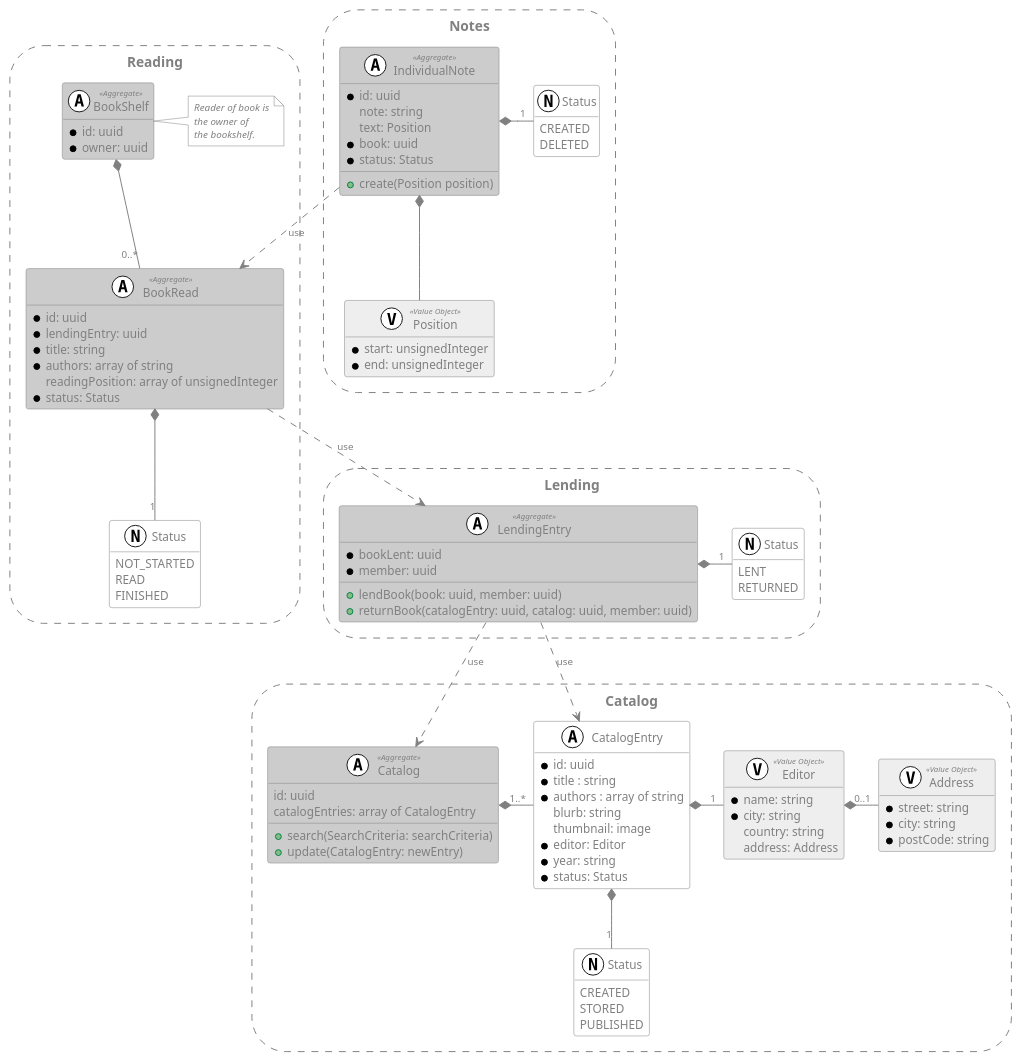
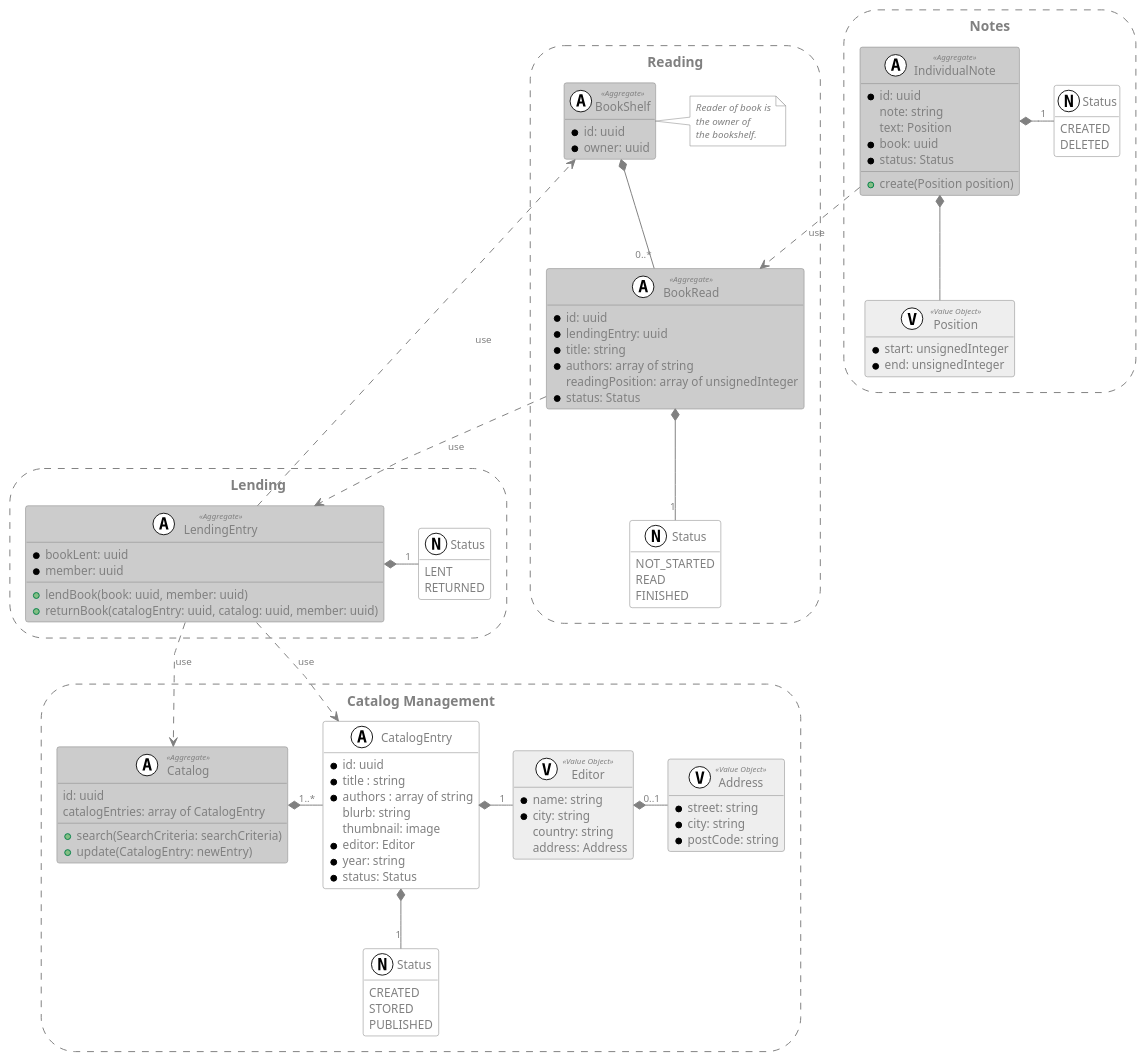
Before and after one commit to Grinseteddy/MasteringDdd: the diagram in TacticalDesign/Library/Library.puml, drawn with PlantUML. The commit also changed 4 other files, not shown here.

```diff
--- a/TacticalDesign/Library/Library.puml
+++ b/TacticalDesign/Library/Library.puml
@@ -1,174 +1,175 @@
 @startuml
 'https://plantuml.com/class-diagram
 
 hide empty members
 skinparam linetype polyline
 allowmixing
 
 skinparam class {
     backgroundcolor #FFFFFF
     backgroundcolor<<Aggregate>> #CCCCCC
     backgroundcolor<<Entity>> #DDDDDD
     backgroundcolor<<Value Object>> #EEEEEE
 
     bordercolor grey
     fontcolor grey
     fontcolor<<Aggregate>> grey
     fontcolor<<Entity>> grey
     fontcolor<<Value Object>> grey
 
     attributefontcolor grey
     attributefontsize 12
     attributefontcolor<<Aggregate>> grey
 
     stereotypefontcolor grey
     stereotypefontsize 8
 
 
 }
 
 skinparam arrow {
     color grey
     fontcolor grey
     fontsize 10
 }
 
 skinparam storage {
     backgroundcolor white
     bordercolor grey
     borderstyle dashed
     fontcolor grey
 }
 
 skinparam note {
     backgroundcolor white
     fontcolor grey
     fontstyle italic
     fontsize 10
     bordercolor grey
 
 }
 
-storage "Catalog" as catalogBoundedContext  {
+storage "Catalog Management" as catalogBoundedContext  {
     class "Catalog" as catalog <<(A,#FFFFFF) Aggregate>> {
         id: uuid
         catalogEntries: array of CatalogEntry
         + search(SearchCriteria: searchCriteria)
         + update(CatalogEntry: newEntry)
     }
 
     class "CatalogEntry" as catalogEntry <<A, #FFFFFF>> {
         * id: uuid
         * title : string
         * authors : array of string
         blurb: string
         thumbnail: image
         * editor: Editor
         * year: string
         * status: Status
     }
 
     class "Editor" as editor <<(V, #FFFFFF) Value Object>> {
         * name: string
         * city: string
         country: string
         address: Address
     }
 
     class "Address" as address <<V, #FFFFFF) Value Object>> {
         * street: string
         * city: string
         * postCode: string
     }
 
     enum "Status" as statusCatalogEntry <<(N,#FFFFFF)>> {
         CREATED
         STORED
         PUBLISHED
     }
 
     catalog *-"1..*" catalogEntry
     catalogEntry *-"1" editor
     editor *-"0..1" address
     catalogEntry *--"1" statusCatalogEntry
 }
 
 storage Notes {
     class "IndividualNote" as individualNote <<(A, #FFFFFF) Aggregate>> {
         * id: uuid
         note: string
         text: Position
         * book: uuid
         * status: Status
         + create(Position position)
     }
 
     class "Position" as position <<(V, #FFFFFF) Value Object>> {
         * start: unsignedInteger
         * end: unsignedInteger
     }
 
     enum "Status" as statusNote <<(N, FFFFFF)>> {
         CREATED
         DELETED
     }
 
     individualNote *-down- position
     individualNote *-"1" statusNote
 
 }
 
 storage Reading {
     class "BookRead" as bookRead <<(A, #FFFFFF) Aggregate>> {
         *id: uuid
         *lendingEntry: uuid
         *title: string
         *authors: array of string
         readingPosition: array of unsignedInteger
         * status: Status
     }
 
     class "BookShelf" as bookShelf <<(A, #FFFFFF) Aggregate>> {
         * id: uuid
         * owner: uuid
     }
 
     note right  {
         Reader of book is
         the owner of
         the bookshelf.
     }
 
     enum "Status" as statusBookRead <<(N, #FFFFFF)>> {
         NOT_STARTED
         READ
         FINISHED
     }
 
     bookShelf *--"0..*" bookRead
     bookRead *--"1" statusBookRead
 
 }
 
 storage Lending {
     class "LendingEntry" as lendingEntry <<(A, #FFFFFF) Aggregate>>{
         * bookLent: uuid
         * member: uuid
         + lendBook(book: uuid, member: uuid)
         + returnBook(catalogEntry: uuid, catalog: uuid, member: uuid)
     }
 
     enum "Status" as statusLending <<(N, #FFFFFF)>> {
         LENT
         RETURNED
     }
 
     lendingEntry *-"1" statusLending
 }
 
 individualNote ..> bookRead : use
 bookRead ..> lendingEntry : use
 lendingEntry ..> catalogEntry : use
 lendingEntry ..> catalog : use
+lendingEntry ..> bookShelf : use
 
 @enduml
```
